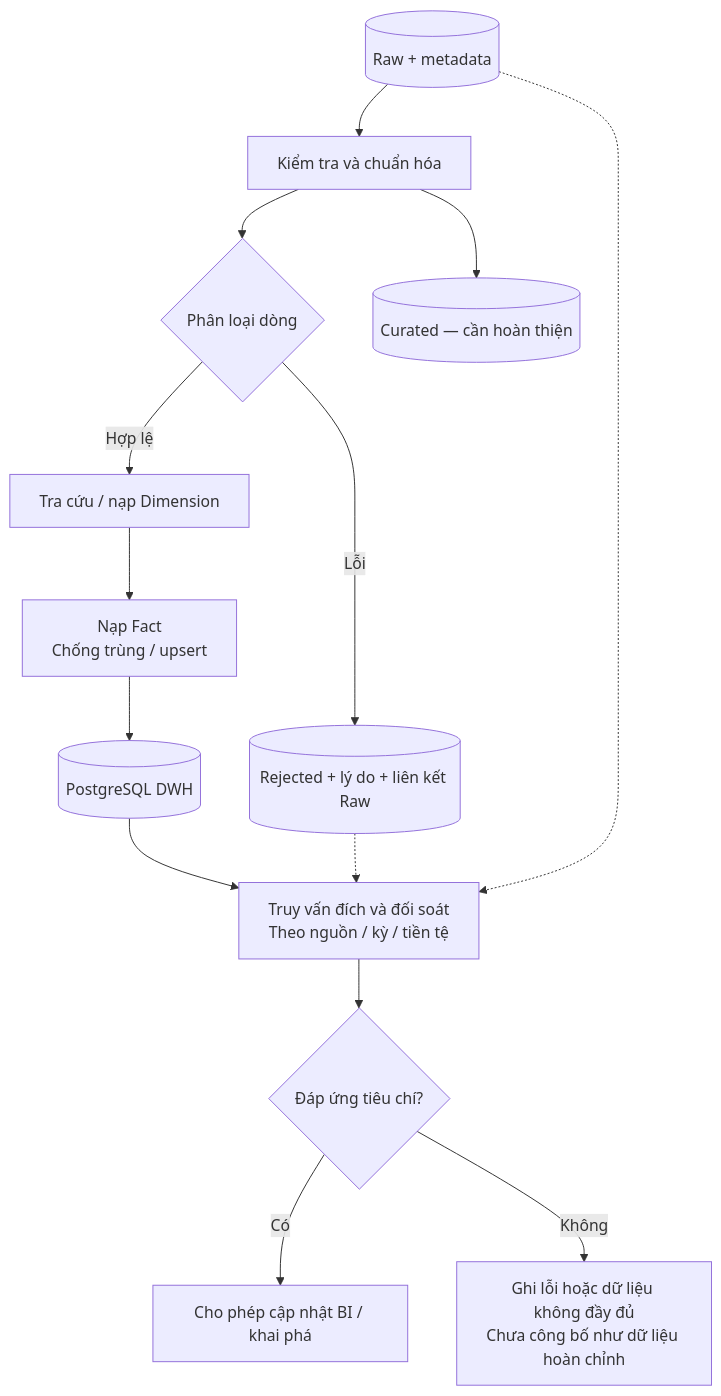
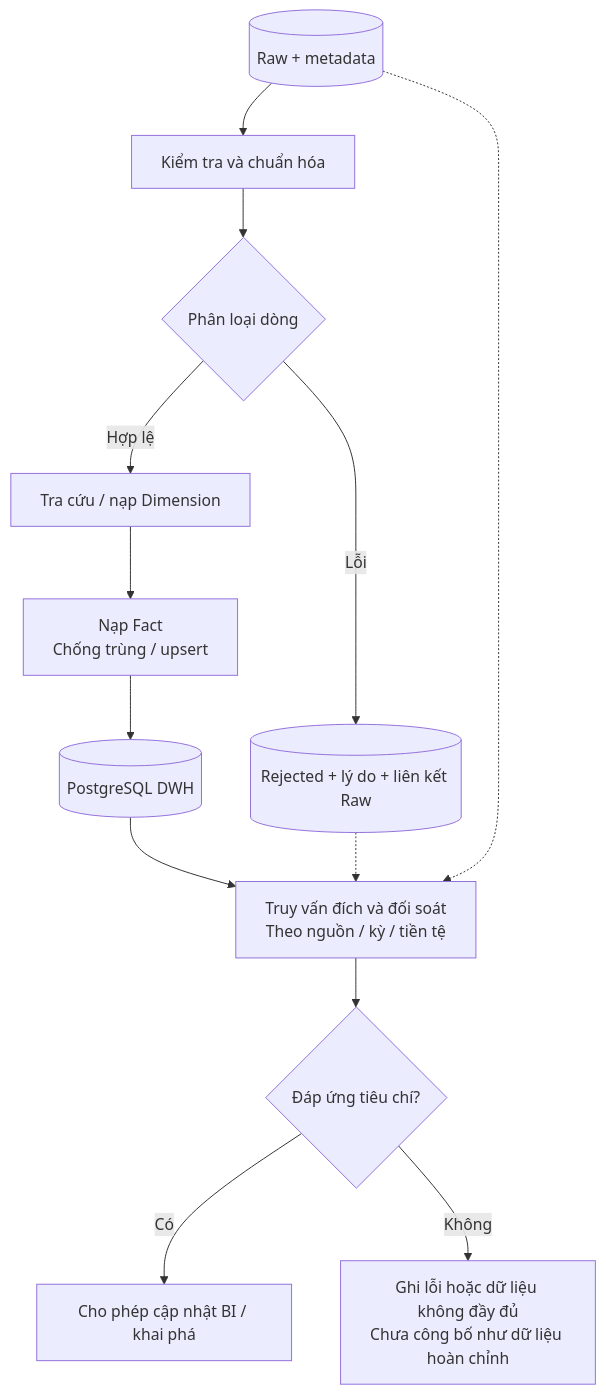
The fourth of 6 diagrams in SYSTEM_ARCHITECTURE_DRAWIO_SPEC.md (VIENDANBACK5/RetailPulse), drawn with Mermaid before and after one commit. The commit also changed other lines of this file and 76 other files, not shown here.

````diff
--- a/SYSTEM_ARCHITECTURE_DRAWIO_SPEC.md
+++ b/SYSTEM_ARCHITECTURE_DRAWIO_SPEC.md
@@ -290,16 +281,15 @@
 ```mermaid
 flowchart TD
     RAW[("Raw + metadata")] --> CHECK["Kiểm tra và chuẩn hóa"]
     CHECK --> SPLIT{"Phân loại dòng"}
     SPLIT -- "Lỗi" --> REJECT[("Rejected + lý do + liên kết Raw")]
     SPLIT -- "Hợp lệ" --> DIM["Tra cứu / nạp Dimension"]
     DIM --> LOAD["Nạp Fact<br/>Chống trùng / upsert"]
     LOAD --> DWH[("PostgreSQL DWH")]
-    CHECK --> CURATED[("Curated — cần hoàn thiện")]
     DWH --> AUDIT["Truy vấn đích và đối soát<br/>Theo nguồn / kỳ / tiền tệ"]
     REJECT -.-> AUDIT
     RAW -.-> AUDIT
     AUDIT --> STATUS{"Đáp ứng tiêu chí?"}
     STATUS -- "Có" --> READY["Cho phép cập nhật BI / khai phá"]
     STATUS -- "Không" --> WARN["Ghi lỗi hoặc dữ liệu không đầy đủ<br/>Chưa công bố như dữ liệu hoàn chỉnh"]
 ```
````
